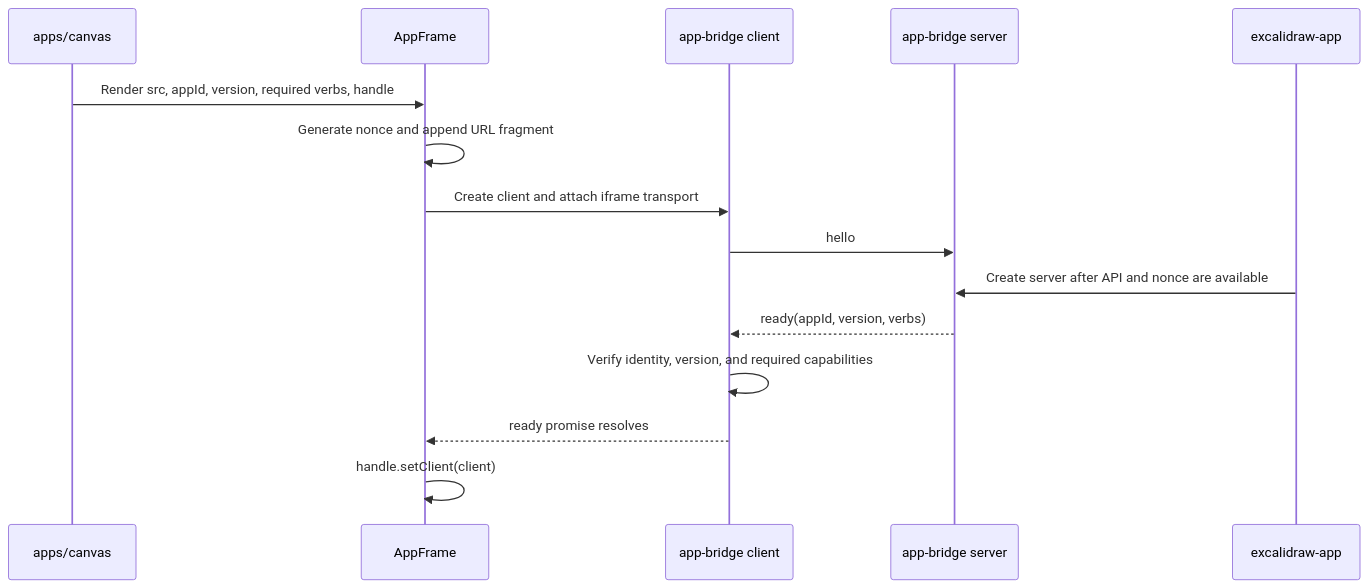
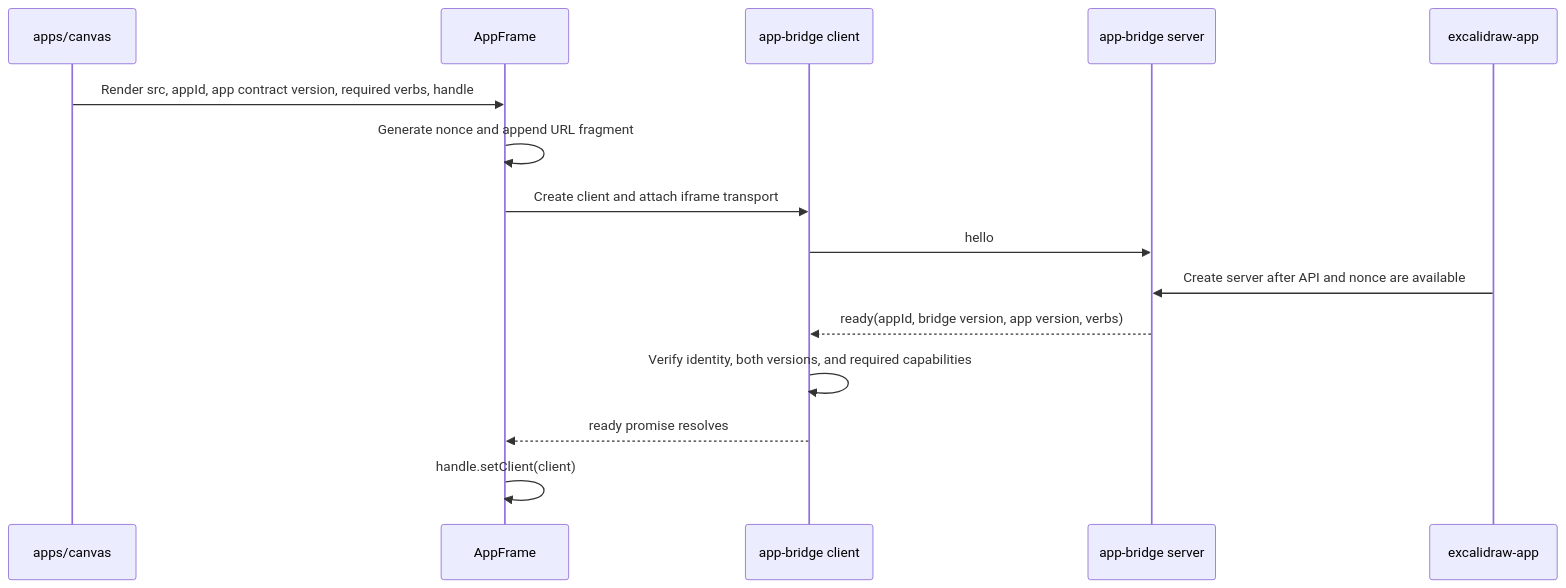
One commit to NNTin/tinytinkerer changed the eighth of 9 diagrams in docs/app-harness.md. Above: the diagram before and after it, drawn with Mermaid. The commit also changed other lines of this file and 24 other files, not shown here.

````diff
--- a/docs/app-harness.md
+++ b/docs/app-harness.md
@@ -353,18 +470,18 @@
 ```mermaid
 sequenceDiagram
   participant Canvas as apps/canvas
   participant Frame as AppFrame
   participant Client as app-bridge client
   participant Server as app-bridge server
   participant App as excalidraw-app
 
-  Canvas->>Frame: Render src, appId, version, required verbs, handle
+  Canvas->>Frame: Render src, appId, app contract version, required verbs, handle
   Frame->>Frame: Generate nonce and append URL fragment
   Frame->>Client: Create client and attach iframe transport
   Client->>Server: hello
   App->>Server: Create server after API and nonce are available
-  Server-->>Client: ready(appId, version, verbs)
-  Client->>Client: Verify identity, version, and required capabilities
+  Server-->>Client: ready(appId, bridge version, app version, verbs)
+  Client->>Client: Verify identity, both versions, and required capabilities
   Client-->>Frame: ready promise resolves
   Frame->>Frame: handle.setClient(client)
 ```
````
